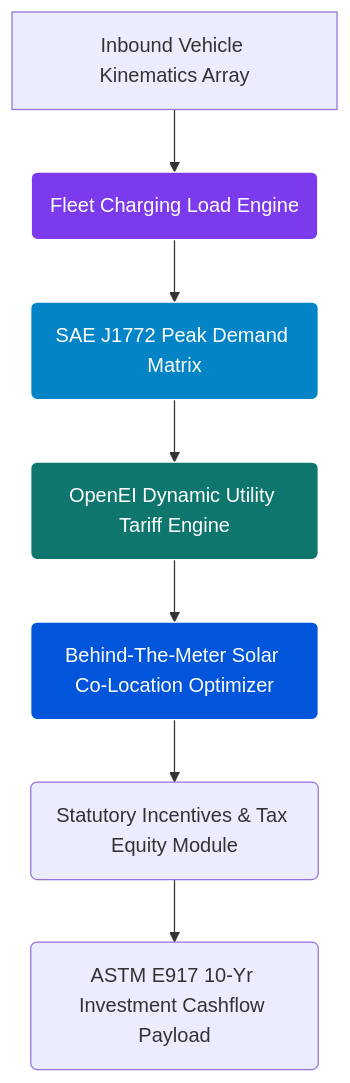
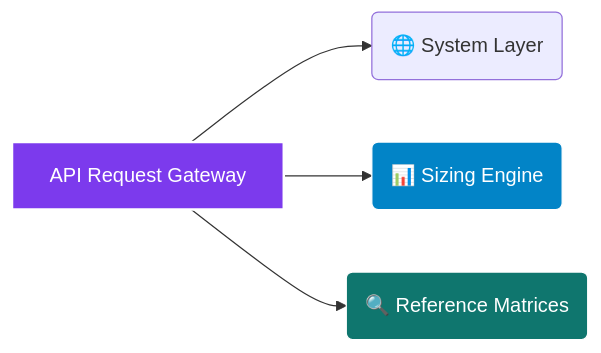
The diagram in README.md (bethelhash/EV-Fleet-Electrification-Solar-Sizing-API), drawn with Mermaid before and after one commit. The commit also changed other lines of this file, not shown here.

````diff
--- a/README.md
+++ b/README.md
@@ -20,15 +76,11 @@
 ```mermaid
-graph TD
-  A[Inbound Vehicle Kinematics Array] --> B(Fleet Charging Load Engine)
-  B --> C(SAE J1772 Peak Demand Matrix)
-  C --> D(OpenEI Dynamic Utility Tariff Engine)
-  D --> E(Behind-The-Meter Solar Co-Location Optimizer)
-  E --> F(Statutory Incentives & Tax Equity Module)
-  F --> G(ASTM E917 10-Yr Investment Cashflow Payload)
+graph LR
+  A[API Request Gateway] --> B(🌐 System Layer)
+  A --> C(📊 Sizing Engine)
+  A --> D(🔍 Reference Matrices)
 
-  style B fill:#7c3aed,stroke:#fff,stroke-width:1px,color:#fff
+  style A fill:#7c3aed,stroke:#fff,stroke-width:2px,color:#fff
   style C fill:#0284c7,stroke:#fff,stroke-width:1px,color:#fff
   style D fill:#0f766e,stroke:#fff,stroke-width:1px,color:#fff
-  style E fill:#0055DA,stroke:#fff,stroke-width:1px,color:#fff
 
 ```
````
